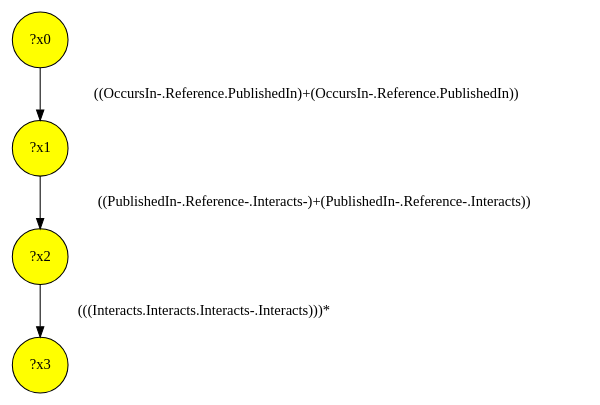
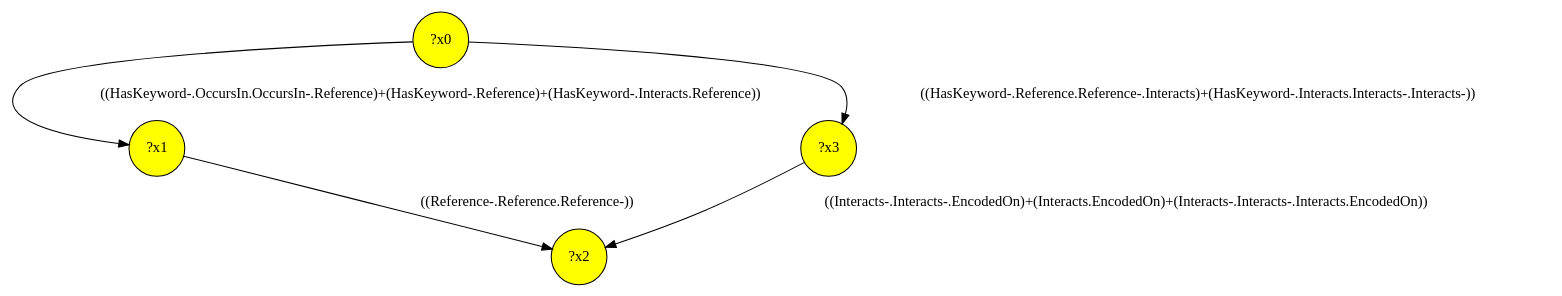
Before and after one commit to gbagan/gmark: the diagram in demo/uniprot-a/uniprot-a-interface/query-19.dot, drawn with Graphviz. The commit also changed 2835 other files, not shown here.

```diff
--- a/demo/uniprot-a/uniprot-a-interface/query-19.dot
+++ b/demo/uniprot-a/uniprot-a-interface/query-19.dot
@@ -1,9 +1,10 @@
 digraph g {
+	x2 [fillcolor="yellow", style="filled," shape=circle, label="?x2"];
+	x1 [fillcolor="yellow", style="filled," shape=circle, label="?x1"];
+	x0 [fillcolor="yellow", style="filled," shape=circle, label="?x0"];
 	x3 [fillcolor="yellow", style="filled," shape=circle, label="?x3"];
-	x0 [fillcolor="yellow", style="filled," shape=circle, label="?x0"];
-	x1 [fillcolor="yellow", style="filled," shape=circle, label="?x1"];
-	x2 [fillcolor="yellow", style="filled," shape=circle, label="?x2"];
-	x0 -> x1 [label="((OccursIn-.Reference.PublishedIn)+(OccursIn-.Reference.PublishedIn))"];
-	x1 -> x2 [label="((PublishedIn-.Reference-.Interacts-)+(PublishedIn-.Reference-.Interacts))"];
-	x2 -> x3 [label="(((Interacts.Interacts.Interacts-.Interacts)))*"];
+	x0 -> x1 [label="((HasKeyword-.OccursIn.OccursIn-.Reference)+(HasKeyword-.Reference)+(HasKeyword-.Interacts.Reference))"];
+	x1 -> x2 [label="((Reference-.Reference.Reference-))"];
+	x0 -> x3 [label="((HasKeyword-.Reference.Reference-.Interacts)+(HasKeyword-.Interacts.Interacts-.Interacts-))"];
+	x3 -> x2 [label="((Interacts-.Interacts-.EncodedOn)+(Interacts.EncodedOn)+(Interacts-.Interacts-.Interacts.EncodedOn))"];
 }
```
